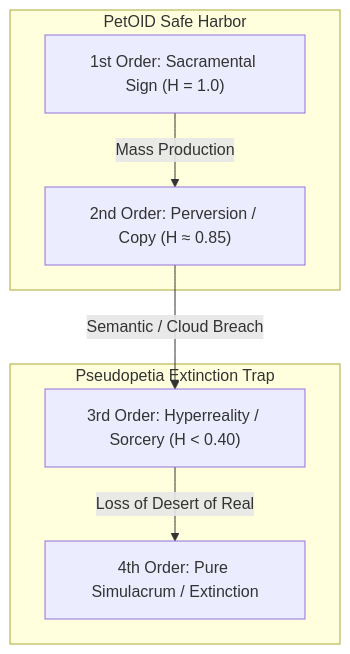
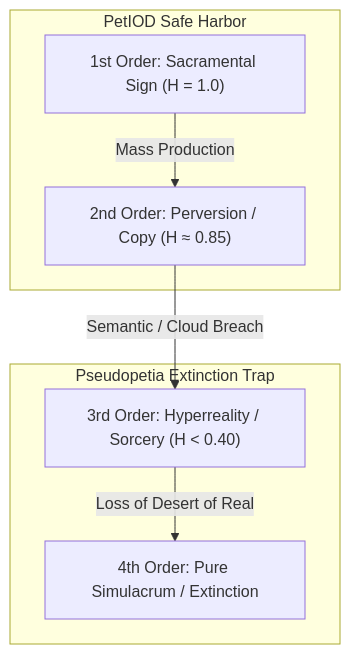
The third of 4 diagrams in README.md (zetathix/petiod), drawn with Mermaid before and after one commit. The commit also changed other lines of this file, not shown here.

````diff
--- a/README.md
+++ b/README.md
@@ -158,17 +158,17 @@
 ```mermaid
 flowchart TD
     A["1st Order: Sacramental Sign (H = 1.0)"] -->|Mass Production| B["2nd Order: Perversion / Copy (H ≈ 0.85)"]
     B -->|Semantic / Cloud Breach| C["3rd Order: Hyperreality / Sorcery (H < 0.40)"]
     C -->|Loss of Desert of Real| D["4th Order: Pure Simulacrum / Extinction"]
     
-    subgraph "PetOID Safe Harbor"
+    subgraph "PetIOD Safe Harbor"
     A
     B
     end
     
     subgraph "Pseudopetia Extinction Trap"
     C
     D
     end
 
 ```
````
